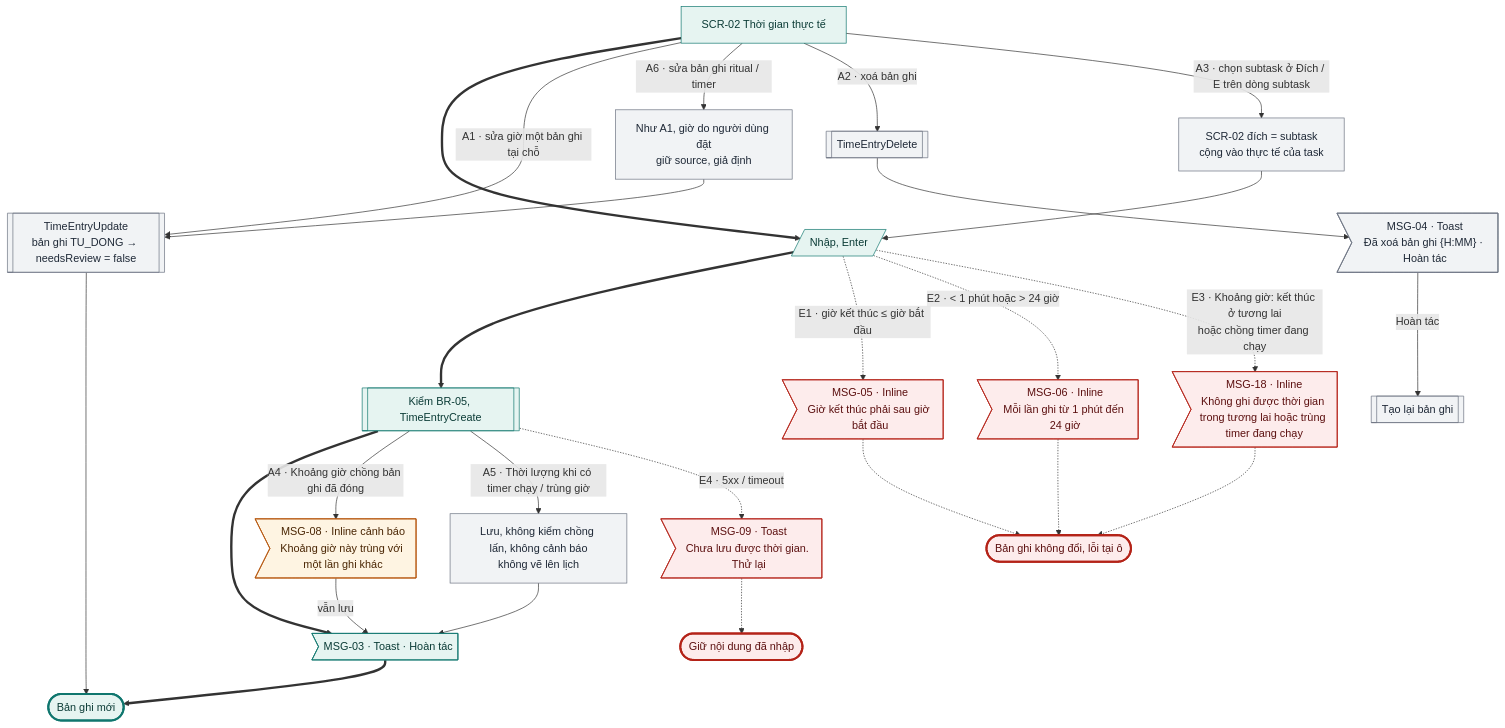
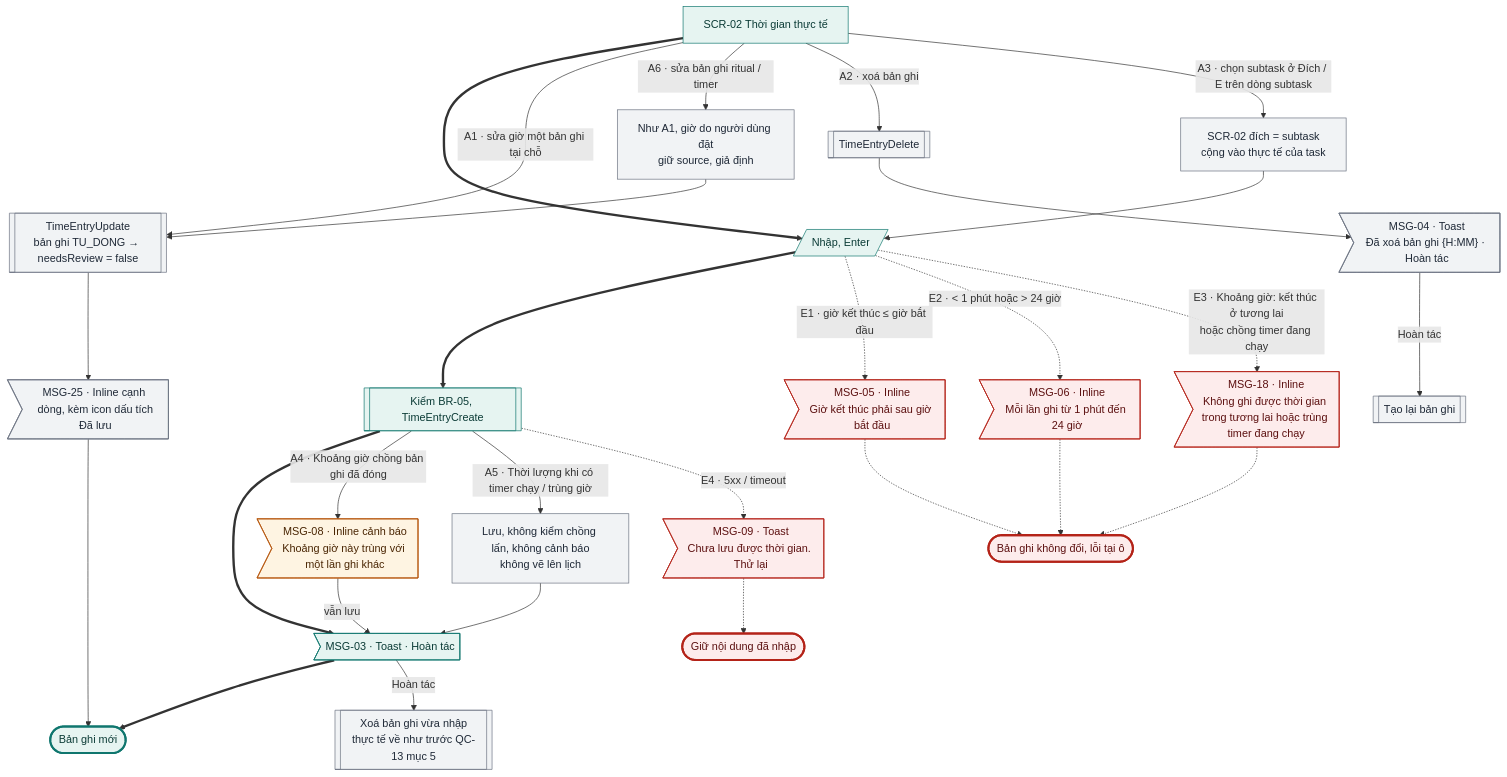
Before and after one commit to tannguyenho/personal-app: the sixth of 12 diagrams in docs/design-brief/flow/g07-focus-timer.md, drawn with Mermaid. The commit also changed other lines of this file and 7 other files, not shown here.

First line of the commit message:
docs(G05, G07): áp quyết định PO 09/11 vào SRS, PRD, flow; QC-10, IA khay

````diff
--- a/docs/design-brief/flow/g07-focus-timer.md
+++ b/docs/design-brief/flow/g07-focus-timer.md
@@ -247,48 +250,50 @@
 ```mermaid
 flowchart TD
   s1["SCR-02 Thời gian thực tế"]
   u2[/"Nhập, Enter"/]
   p2[["Kiểm BR-05, TimeEntryCreate"]]
   m1>"MSG-03 · Toast · Hoàn tác"]
   ok(["Bản ghi mới"])
   s1 ==> u2 ==> p2 ==> m1 ==> ok
 
   s1 -->|"A1 · sửa giờ một bản ghi tại chỗ"| a1[["TimeEntryUpdate<br/>bản ghi TU_DONG → needsReview = false"]]
-  a1 --> ok
+  a1 --> a1m>"MSG-25 · Inline cạnh dòng, kèm icon dấu tích<br/>Đã lưu"]
+  a1m --> ok
+  m1 -->|"Hoàn tác"| m1u[["Xoá bản ghi vừa nhập<br/>thực tế về như trước QC-13 mục 5"]]
   s1 -->|"A6 · sửa bản ghi ritual / timer"| a6["Như A1, giờ do người dùng đặt<br/>giữ source, giả định"]
   a6 --> a1
   s1 -->|"A2 · xoá bản ghi"| a2[["TimeEntryDelete"]]
   a2 --> a2m>"MSG-04 · Toast<br/>Đã xoá bản ghi {H:MM} · Hoàn tác"]
   a2m -->|"Hoàn tác"| a2r[["Tạo lại bản ghi"]]
   s1 -->|"A3 · chọn subtask ở Đích / E trên dòng subtask"| a3["SCR-02 đích = subtask<br/>cộng vào thực tế của task"]
   a3 --> u2
   p2 -->|"A4 · Khoảng giờ chồng bản ghi đã đóng"| a4m>"MSG-08 · Inline cảnh báo<br/>Khoảng giờ này trùng với một lần ghi khác"]
   a4m -->|"vẫn lưu"| m1
   p2 -->|"A5 · Thời lượng khi có timer chạy / trùng giờ"| a5["Lưu, không kiểm chồng lấn, không cảnh báo<br/>không vẽ lên lịch"]
   a5 --> m1
 
   u2 -.->|"E1 · giờ kết thúc ≤ giờ bắt đầu"| e1m>"MSG-05 · Inline<br/>Giờ kết thúc phải sau giờ bắt đầu"]
   u2 -.->|"E2 · < 1 phút hoặc > 24 giờ"| e2m>"MSG-06 · Inline<br/>Mỗi lần ghi từ 1 phút đến 24 giờ"]
   u2 -.->|"E3 · Khoảng giờ: kết thúc ở tương lai<br/>hoặc chồng timer đang chạy"| e3m>"MSG-18 · Inline<br/>Không ghi được thời gian trong tương lai hoặc trùng timer đang chạy"]
   e1m -.-> fail(["Bản ghi không đổi, lỗi tại ô"])
   e2m -.-> fail
   e3m -.-> fail
   p2 -.->|"E4 · 5xx / timeout"| e4m>"MSG-09 · Toast<br/>Chưa lưu được thời gian. Thử lại"]
   e4m -.-> fail2(["Giữ nội dung đã nhập"])
 
   class s1,u2,p2,m1 happy
-  class a1,a6,a2,a2m,a2r,a3,a5 alt
+  class a1,a1m,m1u,a6,a2,a2m,a2r,a3,a5 alt
   class a4m warn
   class e1m,e2m,e3m,e4m err
   class ok done
   class fail,fail2 fail
   classDef happy fill:#E6F4F1,stroke:#0F766E,color:#0B3B36
   classDef alt fill:#F1F3F5,stroke:#6B7280,color:#1F2937
   classDef err fill:#FDECEC,stroke:#B42318,color:#5C1010
   classDef warn fill:#FEF4E2,stroke:#B45309,color:#4A2604
   classDef ai fill:#F1ECFD,stroke:#6D28D9,color:#2E1065
   classDef sync fill:#FFFFFF,stroke:#6B7280,stroke-dasharray:4 3,color:#1F2937
   classDef link fill:#FFFFFF,stroke:#0F766E,stroke-dasharray:4 3,color:#0B3B36
   classDef done fill:#E6F4F1,stroke:#0F766E,stroke-width:3px,color:#0B3B36
   classDef fail fill:#FDECEC,stroke:#B42318,stroke-width:3px,color:#5C1010
 ```
````
